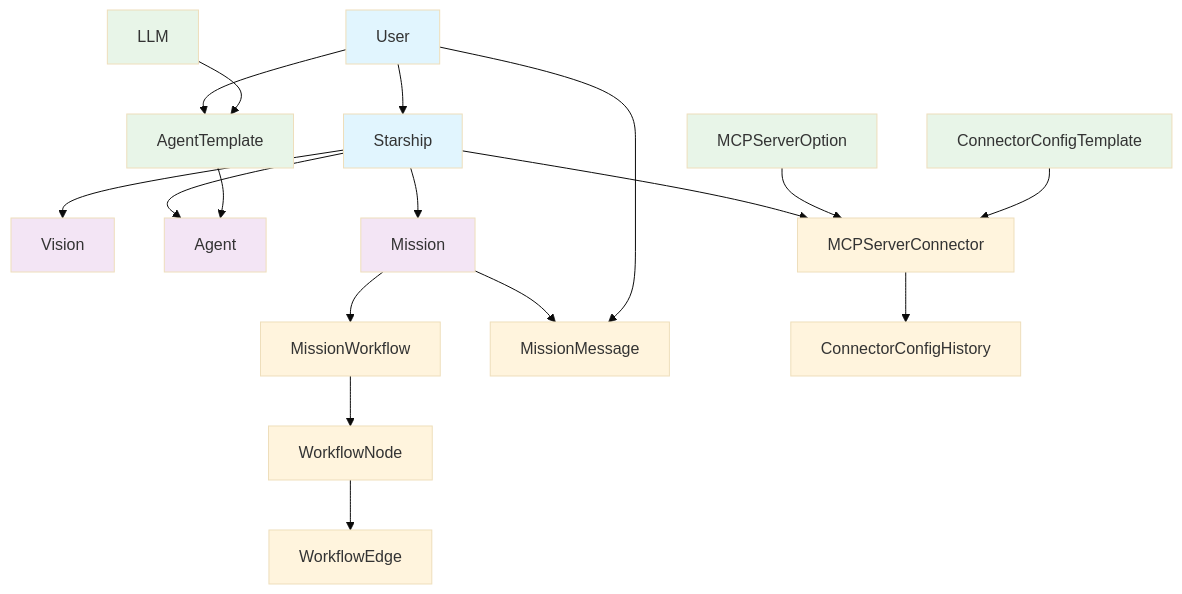
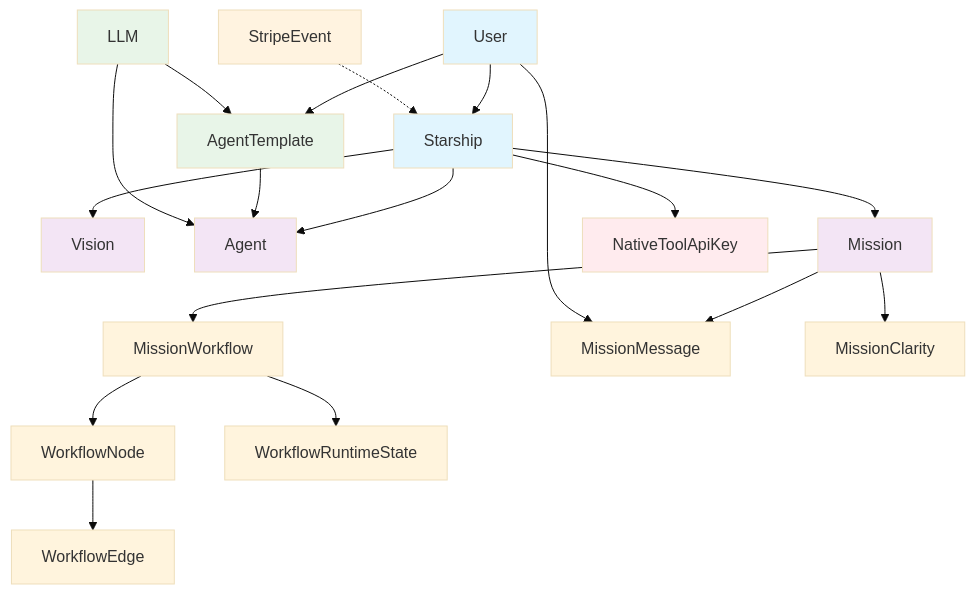
One commit to theingenuityco/starships.ai changed the second of 2 diagrams in docs/er-diagram.md. Above: the diagram before and after it, drawn with Mermaid (base theme). The commit also changed other lines of this file and 51 other files, not shown here.

First line of the commit message:
fix: architecture cleanup (#131)

````diff
--- a/docs/er-diagram.md
+++ b/docs/er-diagram.md
@@ -297,35 +251,40 @@
 ```mermaid
 graph TD
     %% Core Entities
     U[User] --> S[Starship]
     S --> V[Vision]
     S --> A[Agent]
     S --> M[Mission]
-    S --> C[MCPServerConnector]
+    S --> NK[NativeToolApiKey]
 
     %% Agent System
     U --> AT[AgentTemplate]
     AT --> A
     L[LLM] --> AT
+    L --> A
 
     %% Mission System
     M --> MW[MissionWorkflow]
     MW --> WN[WorkflowNode]
     WN --> WE[WorkflowEdge]
+    MW --> WRS[WorkflowRuntimeState]
     M --> MM[MissionMessage]
+    M --> MC[MissionClarity]
     U --> MM
 
-    %% Connector System
-    MSO[MCPServerOption] --> C
-    CCT[ConnectorConfigTemplate] --> C
-    C --> CCH[ConnectorConfigHistory]
+    %% Stripe Integration
+    SE[StripeEvent] -.-> S
 
     %% Styling
     classDef primary fill:#e1f5fe
     classDef secondary fill:#f3e5f5
     classDef system fill:#e8f5e8
+    classDef security fill:#ffebee
+    classDef integration fill:#fff3e0
 
     class U,S primary
     class A,M,V secondary
-    class L,AT,MSO,CCT system
+    class L,AT system
+    class NK security
+    class SE integration
 ```
````
